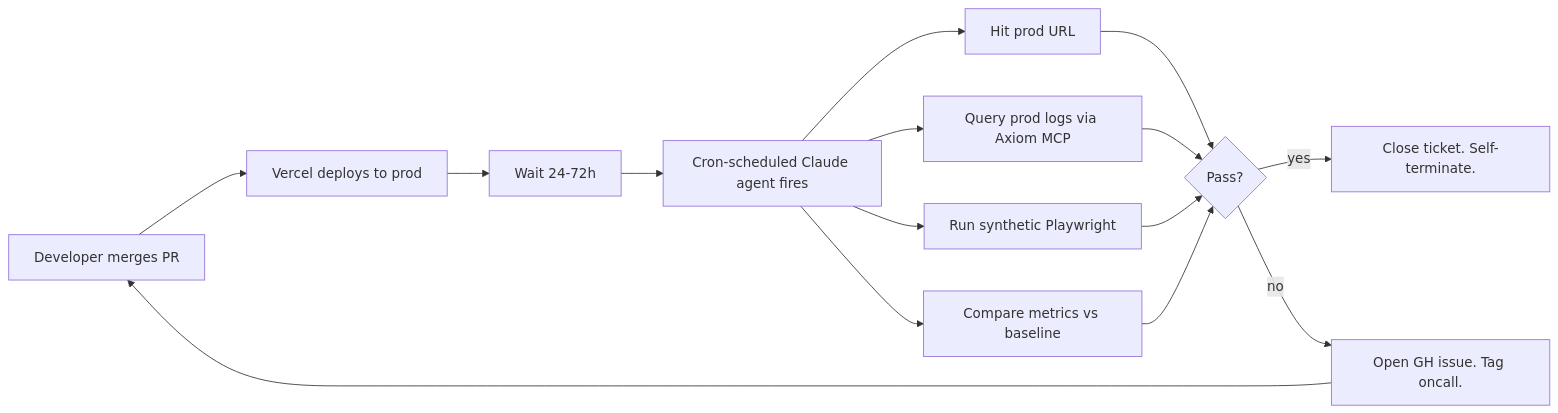
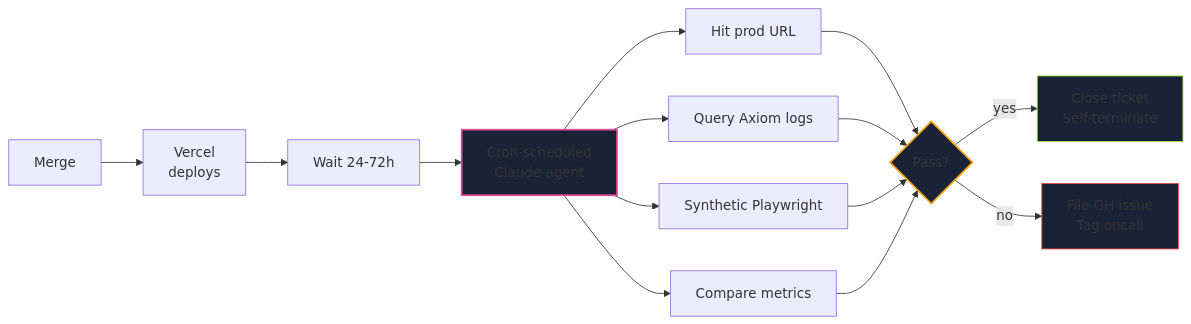
The fifth of 5 diagrams in demo/slides/slides.md (zanebarker-ops/claude-dev-toolkit), drawn with Mermaid before and after one commit. The commit also changed other lines of this file and 1 other file, not shown here.

````diff
--- a/demo/slides/slides.md
+++ b/demo/slides/slides.md
@@ -968,17 +1349,21 @@
-```mermaid {scale: 0.55}
+```mermaid
 flowchart LR
-  DEV[Developer merges PR] --> PROD[Vercel deploys to prod]
-  PROD --> WAIT[Wait 24-72h]
-  WAIT --> CRON[Cron-scheduled Claude agent fires]
-  CRON --> CHECK1[Hit prod URL]
-  CRON --> CHECK2[Query prod logs via Axiom MCP]
-  CRON --> CHECK3[Run synthetic Playwright]
-  CRON --> CHECK4[Compare metrics vs baseline]
-  CHECK1 --> V{Pass?}
-  CHECK2 --> V
-  CHECK3 --> V
-  CHECK4 --> V
-  V -- yes --> CLOSE[Close ticket. Self-terminate.]
-  V -- no --> ALERT[Open GH issue. Tag oncall.]
-  ALERT --> DEV
+  M[Merge] --> P[Vercel<br/>deploys]
+  P --> W[Wait 24-72h]
+  W --> C[Cron-scheduled<br/>Claude agent]
+  C --> Q1[Hit prod URL]
+  C --> Q2[Query Axiom logs]
+  C --> Q3[Synthetic Playwright]
+  C --> Q4[Compare metrics]
+  Q1 --> V{Pass?}
+  Q2 --> V
+  Q3 --> V
+  Q4 --> V
+  V -->|yes| K[Close ticket<br/>Self-terminate]
+  V -->|no| F[File GH issue<br/>Tag oncall]
+
+  style C fill:#1a2236,stroke:#ec4899,stroke-width:2px
+  style V fill:#1a2236,stroke:#f59e0b,stroke-width:2px
+  style K fill:#1a2236,stroke:#a3e635
+  style F fill:#1a2236,stroke:#ef4444
 ```
````
